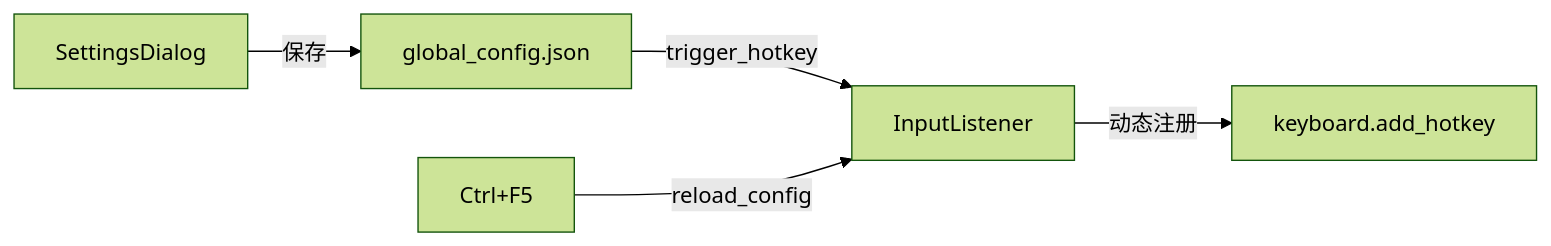
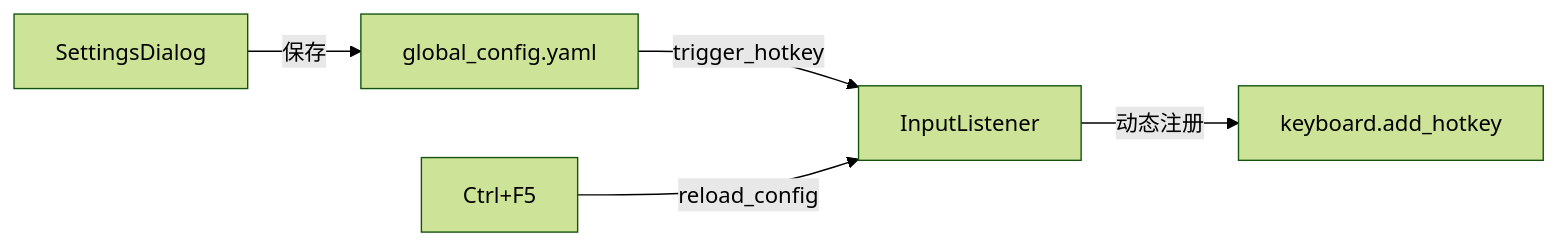
One commit to OuroChival-Shizue/My_Chat_Window_Can_Not_Be_A_GalGame changed the second of 2 diagrams in CLAUDE.md. Above: the diagram before and after it, drawn with Mermaid (forest theme). The commit also changed other lines of this file and 9 other files, not shown here.

````diff
--- a/CLAUDE.md
+++ b/CLAUDE.md
@@ -258,7 +261,7 @@
 ```mermaid
 graph LR
-    A[SettingsDialog] -->|保存| B[global_config.json]
+    A[SettingsDialog] -->|保存| B[global_config.yaml]
     B -->|trigger_hotkey| C[InputListener]
     D[Ctrl+F5] -->|reload_config| C
     C -->|动态注册| E[keyboard.add_hotkey]
 ```
````
